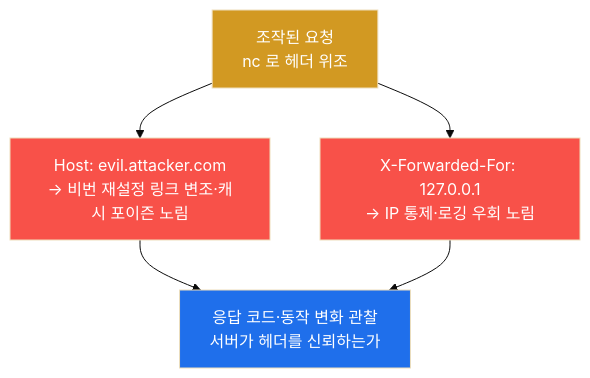
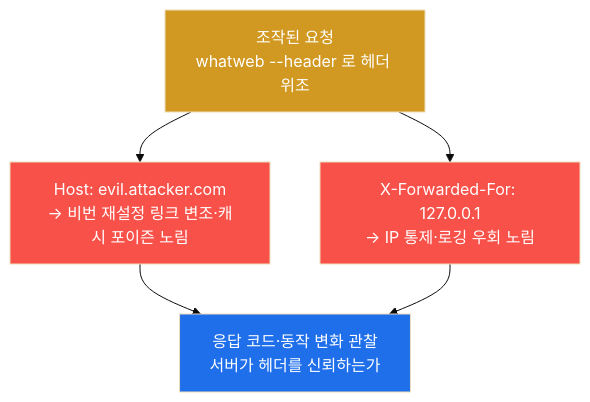
The seventh of 9 diagrams in contents/training/web-vuln/lecture_week01.md (mrgrit/tw2), drawn with Mermaid (base theme) before and after one commit. The commit also changed other lines of this file and 25 other files, not shown here.

````diff
--- a/contents/training/web-vuln/lecture_week01.md
+++ b/contents/training/web-vuln/lecture_week01.md
@@ -430,13 +441,13 @@
 ```mermaid
 graph TD
-    REQ["조작된 요청<br/>nc 로 헤더 위조"]
+    REQ["조작된 요청<br/>whatweb --header 로 헤더 위조"]
     H1["Host: evil.attacker.com<br/>→ 비번 재설정 링크 변조·캐시 포이즌 노림"]
     H2["X-Forwarded-For: 127.0.0.1<br/>→ IP 통제·로깅 우회 노림"]
     OBS["응답 코드·동작 변화 관찰<br/>서버가 헤더를 신뢰하는가"]
     REQ --> H1 --> OBS
     REQ --> H2 --> OBS
     style REQ fill:#d29922,color:#fff
     style H1 fill:#f85149,color:#fff
     style H2 fill:#f85149,color:#fff
     style OBS fill:#1f6feb,color:#fff
 ```
````
